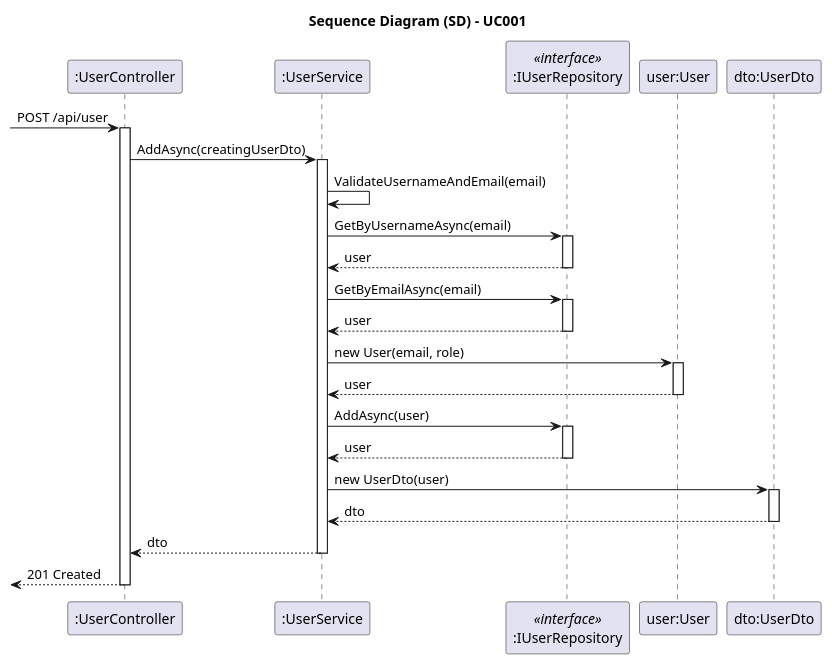
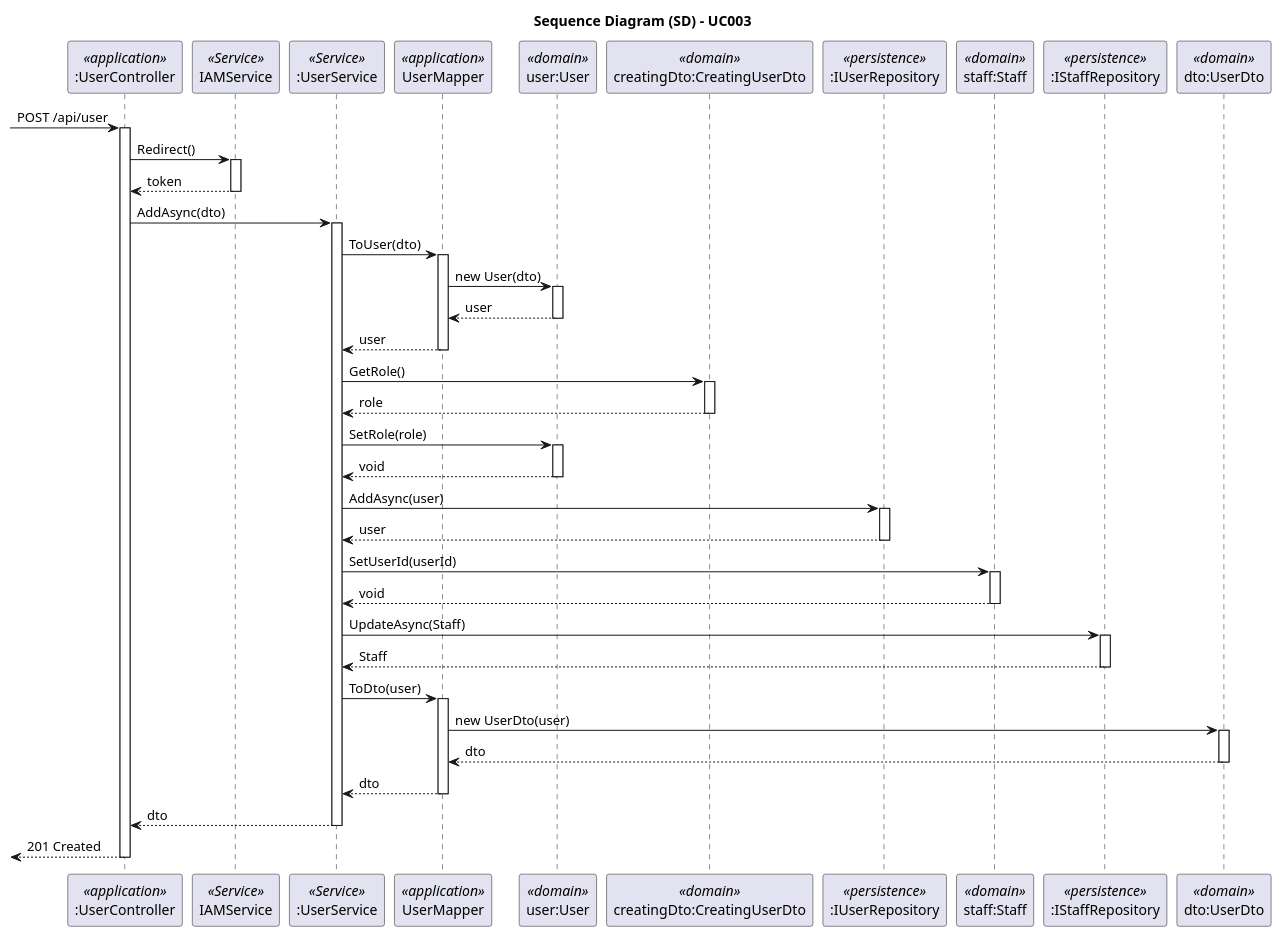
The diagram in docs/SprintA/UseCases/UC001/03.design/puml/uc001-sequence-diagram.puml (1221124/sem5pi-24-25-g031), drawn with PlantUML before and after one commit. The commit also changed 4 other files, not shown here.

```diff
--- a/docs/SprintA/UseCases/UC001/03.design/puml/uc001-sequence-diagram.puml
+++ b/docs/SprintA/UseCases/UC001/03.design/puml/uc001-sequence-diagram.puml
@@ -1,75 +1,118 @@
-@startuml uc001-sequence-diagram
+@startuml uc003-sequence-diagram
 
 skinparam packageStyle rectangle
 skinparam shadowing false
 skinparam linetype polyline
 
 skinparam classAttributeIconSize 0
 
-title Sequence Diagram (SD) - UC001
+title Sequence Diagram (SD) - UC003
 
-participant ":UserController" as Controller
-participant ":UserService" as Service
-participant ":IUserRepository" as Repository <<interface>>
-participant "user:User" as Domain
-participant "dto:UserDto" as Dto
+participant ":UserController" as Controller <<application>>
+participant "IAMService" as IAM <<Service>>
+participant ":UserService" as Service <<Service>>
+participant "UserMapper" as Mapper <<application>>
+participant "user:User" as User <<domain>>
+participant "creatingDto:CreatingUserDto" as Creating <<domain>>
+participant ":IUserRepository" as UserRepo <<persistence>>
+participant "staff:Staff" as Staff <<domain>>
+participant ":IStaffRepository" as StRepo <<persistence>>
+participant "dto:UserDto" as Dto <<domain>>
 
 -> Controller: POST /api/user
 
 activate Controller
 
-    Controller -> Service: AddAsync(creatingUserDto)
+    Controller -> IAM: Redirect()
+
+    activate IAM
+
+        IAM --> Controller: token
+
+    deactivate IAM
+
+    Controller -> Service: AddAsync(dto)
 
     activate Service
 
-        Service -> Service: ValidateUsernameAndEmail(email)
+        Service -> Mapper: ToUser(dto)
 
-        Service -> Repository: GetByUsernameAsync(email)
-        
-        activate Repository
+        activate Mapper
 
-            Repository --> Service: user
+            Mapper -> User: new User(dto)
 
-        deactivate Repository
+            activate User
 
-        Service -> Repository: GetByEmailAsync(email)
-        
-        activate Repository
+                User --> Mapper: user
 
-            Repository --> Service: user
+            deactivate User
 
-        deactivate Repository
+            Mapper --> Service: user
 
-        Service -> Domain: new User(email, role)
+        deactivate Mapper
 
-        activate Domain
+        Service -> Creating: GetRole()
 
-            Domain --> Service: user
+        activate Creating
 
-        deactivate Domain
+            Creating --> Service: role
 
-        Service -> Repository: AddAsync(user)
+        deactivate Creating
 
-        activate Repository
+        Service -> User: SetRole(role)
 
-            Repository --> Service: user
+        activate User
 
-        deactivate Repository
+            User --> Service: void
 
-        Service -> Dto: new UserDto(user)
+        deactivate User
 
-        activate Dto
+        Service -> UserRepo: AddAsync(user)
 
-            Dto --> Service: dto
+        activate UserRepo
 
-        deactivate Dto
+            UserRepo --> Service: user
+
+        deactivate UserRepo
+
+        Service -> Staff: SetUserId(userId)
+
+        activate Staff
+
+            Staff --> Service: void
+
+        deactivate Staff
+
+        Service -> StRepo: UpdateAsync(Staff)
+
+        activate StRepo
+
+            StRepo --> Service: Staff
+
+        deactivate StRepo
+
+        Service -> Mapper: ToDto(user)
+
+        activate Mapper
+
+            Mapper -> Dto: new UserDto(user)
+
+            activate Dto
+
+                Dto --> Mapper: dto
+
+            deactivate Dto
+
+            Mapper --> Service: dto
+
+        deactivate Mapper
 
         Service --> Controller: dto
 
     deactivate Service
 
-    <-- Controller :201 Created
+    <-- Controller: 201 Created
 
 deactivate Controller
 
 @enduml
```
